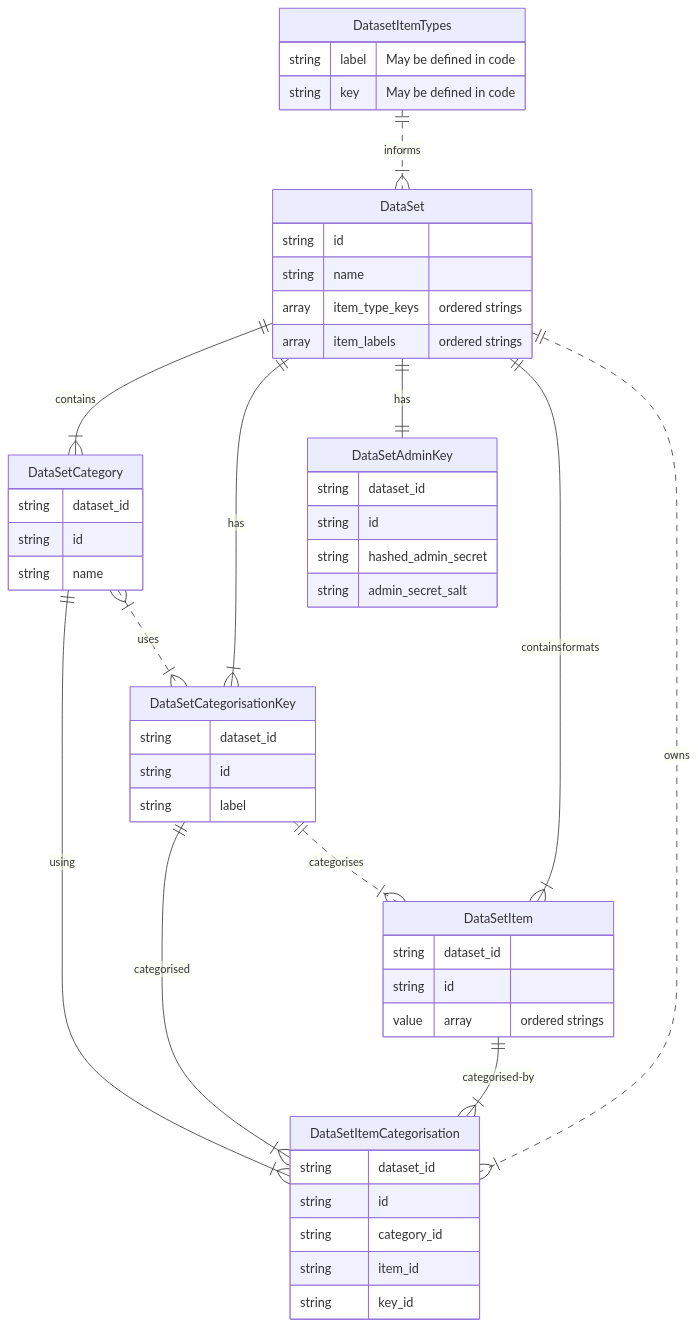
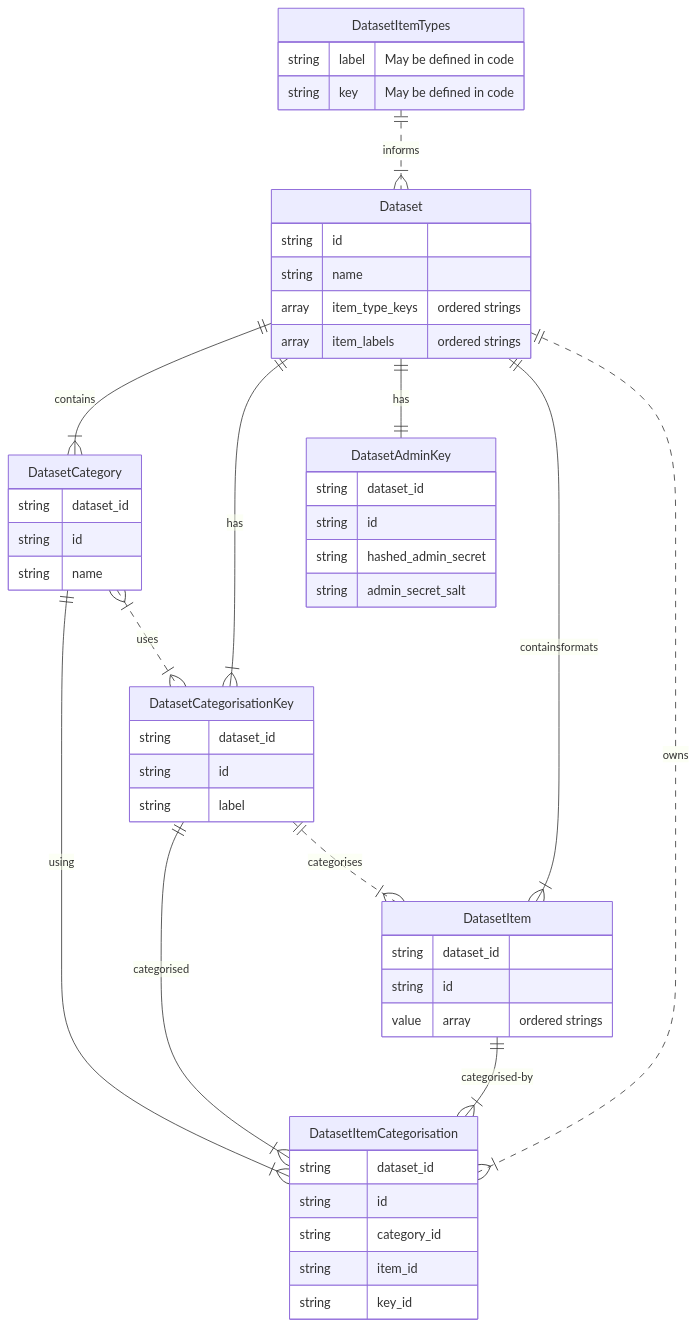
Before and after one commit to LeeMartin77/quickcategory: the diagram in README.md, drawn with Mermaid. The commit also changed 5 other files, not shown here.

````diff
--- a/README.md
+++ b/README.md
@@ -9,52 +9,52 @@
 ```mermaid
 erDiagram
   DatasetItemTypes {
     string label "May be defined in code"
     string key "May be defined in code"
   }
-  DataSetAdminKey {
+  DatasetAdminKey {
     string dataset_id
     string id
     string hashed_admin_secret
     string admin_secret_salt
   }
-  DataSetCategorisationKey {
+  DatasetCategorisationKey {
     string dataset_id
     string id
     string label
   }
-  DataSet {
+  Dataset {
     string id
     string name
     array item_type_keys "ordered strings"
     array item_labels "ordered strings"
   }
-  DataSetCategory {
+  DatasetCategory {
     string dataset_id
     string id
     string name
   }
-  DataSetItemCategorisation {
+  DatasetItemCategorisation {
     string dataset_id
     string id
     string category_id
     string item_id
     string key_id
   }
-  DataSetItem {
+  DatasetItem {
     string dataset_id
     string id
     value array "ordered strings"
   }
-  DataSet ||--|{ DataSetCategory : contains
-  DataSet ||--|{ DataSetCategorisationKey : has
-  DataSet ||--|| DataSetAdminKey : has
-  DataSet ||--|{ DataSetItem : containsformats
-  DataSet ||..|{ DataSetItemCategorisation : owns
-  DataSetItem ||--|{ DataSetItemCategorisation : categorised-by
-  DataSetCategory ||--|{ DataSetItemCategorisation : using
-  DataSetCategorisationKey ||--|{ DataSetItemCategorisation : categorised
-  DatasetItemTypes ||..|{ DataSet : informs
-  DataSetCategory }|..|{ DataSetCategorisationKey : uses
-  DataSetCategorisationKey ||..|{ DataSetItem : categorises
+  Dataset ||--|{ DatasetCategory : contains
+  Dataset ||--|{ DatasetCategorisationKey : has
+  Dataset ||--|| DatasetAdminKey : has
+  Dataset ||--|{ DatasetItem : containsformats
+  Dataset ||..|{ DatasetItemCategorisation : owns
+  DatasetItem ||--|{ DatasetItemCategorisation : categorised-by
+  DatasetCategory ||--|{ DatasetItemCategorisation : using
+  DatasetCategorisationKey ||--|{ DatasetItemCategorisation : categorised
+  DatasetItemTypes ||..|{ Dataset : informs
+  DatasetCategory }|..|{ DatasetCategorisationKey : uses
+  DatasetCategorisationKey ||..|{ DatasetItem : categorises
 ```
````
